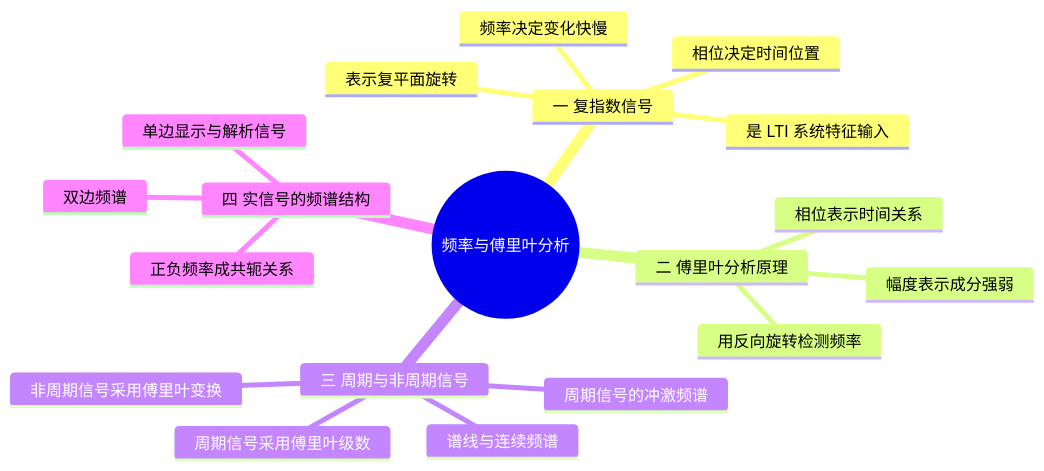
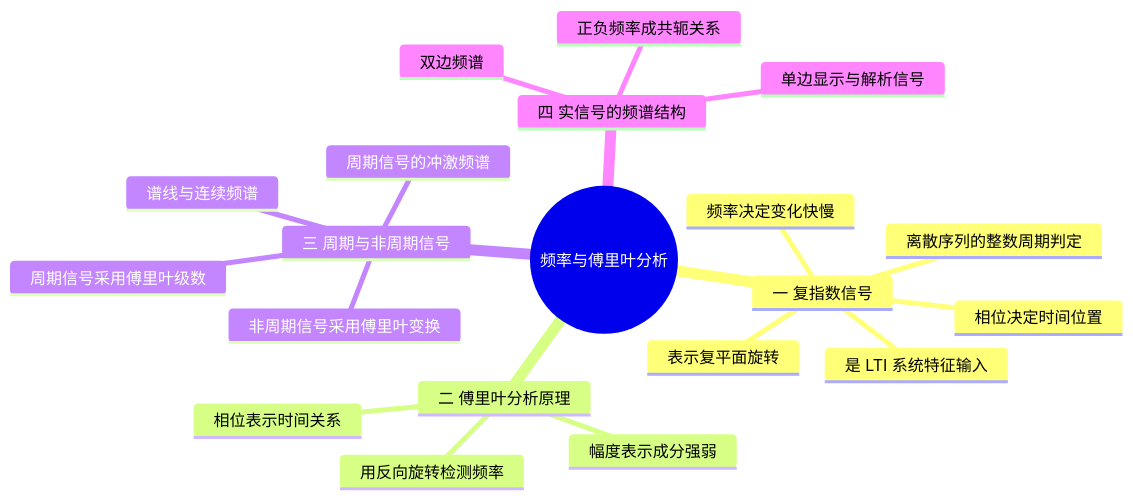
One commit to 3280441136-lab/My_Obsidian_Notes changed the diagram in 学习/学校课程/数字信号处理（3学分）/03 第3课 频率、复指数与傅里叶分析.md. Above: the diagram before and after it, drawn with Mermaid. The commit also changed other lines of this file and 177 other files, not shown here.

````diff
--- a/学习/学校课程/数字信号处理（3学分）/03 第3课 频率、复指数与傅里叶分析.md
+++ b/学习/学校课程/数字信号处理（3学分）/03 第3课 频率、复指数与傅里叶分析.md
@@ -5,22 +5,23 @@
 ```mermaid
 mindmap
   root((频率与傅里叶分析))
     一 复指数信号
       频率决定变化快慢
       相位决定时间位置
       表示复平面旋转
       是 LTI 系统特征输入
+      离散序列的整数周期判定
     二 傅里叶分析原理
       用反向旋转检测频率
       幅度表示成分强弱
       相位表示时间关系
     三 周期与非周期信号
       周期信号采用傅里叶级数
       非周期信号采用傅里叶变换
       谱线与连续频谱
       周期信号的冲激频谱
     四 实信号的频谱结构
       正负频率成共轭关系
       双边频谱
       单边显示与解析信号
 ```
````
